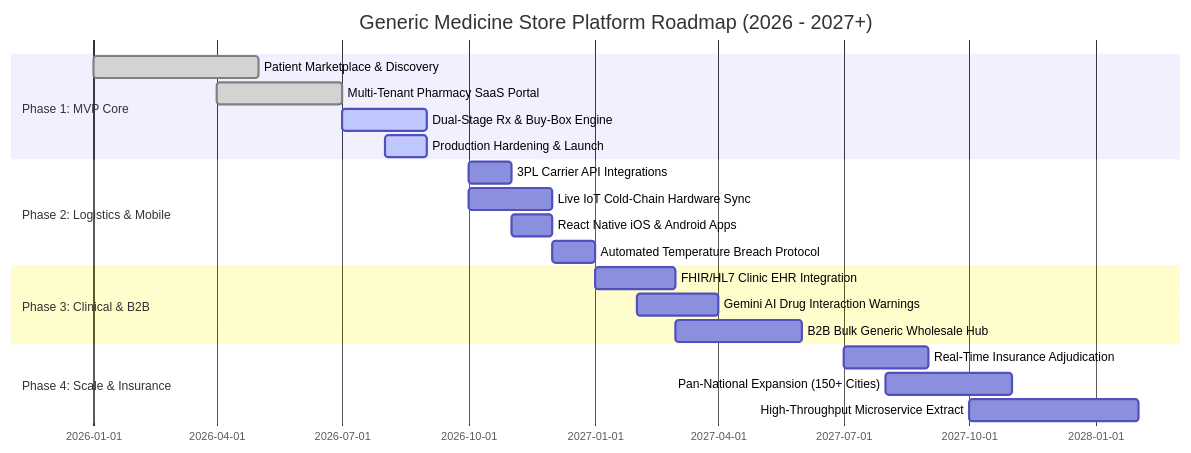
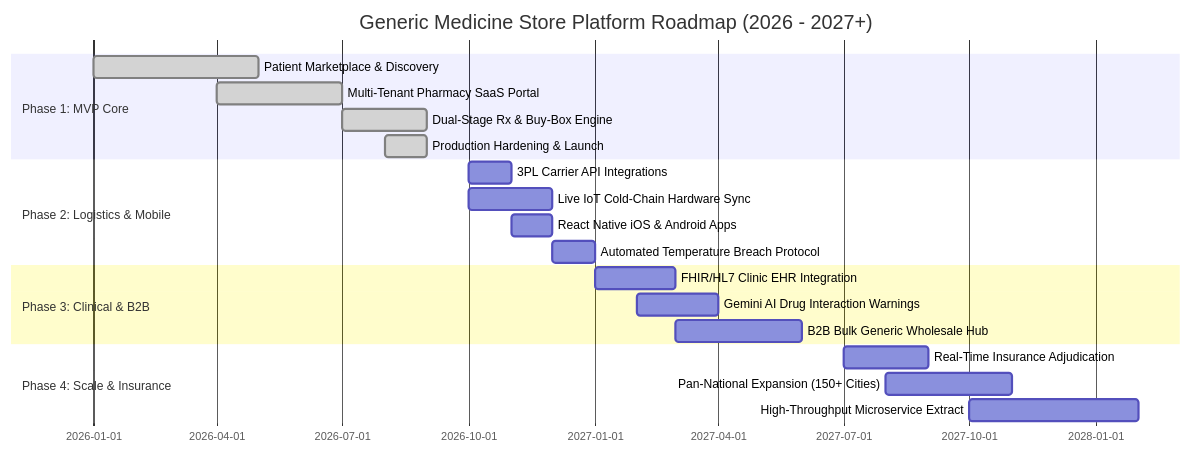
Before and after one commit to kishorisonawane2006-sudo/kishori: the first of 2 diagrams in phase.md, drawn with Mermaid. The commit also changed other lines of this file and 18 other files, not shown here.

````diff
--- a/phase.md
+++ b/phase.md
@@ -16,23 +16,23 @@
 ```mermaid
 gantt
     title Generic Medicine Store Platform Roadmap (2026 - 2027+)
     dateFormat  YYYY-MM
     section Phase 1: MVP Core
     Patient Marketplace & Discovery       :done,    des1, 2026-01, 2026-05
     Multi-Tenant Pharmacy SaaS Portal    :done,    des2, 2026-04, 2026-07
-    Dual-Stage Rx & Buy-Box Engine       :active,  des3, 2026-07, 2026-09
-    Production Hardening & Launch         :active,  des4, 2026-08, 2026-09
+    Dual-Stage Rx & Buy-Box Engine       :done,    des3, 2026-07, 2026-09
+    Production Hardening & Launch         :done,    des4, 2026-08, 2026-09
     section Phase 2: Logistics & Mobile
     3PL Carrier API Integrations          :         des5, 2026-10, 2026-11
     Live IoT Cold-Chain Hardware Sync    :         des6, 2026-10, 2026-12
     React Native iOS & Android Apps      :         des7, 2026-11, 2026-12
     Automated Temperature Breach Protocol :         des8, 2026-12, 2027-01
     section Phase 3: Clinical & B2B
     FHIR/HL7 Clinic EHR Integration       :         des9, 2027-01, 2027-03
     Gemini AI Drug Interaction Warnings  :         des10, 2027-02, 2027-04
     B2B Bulk Generic Wholesale Hub       :         des11, 2027-03, 2027-06
     section Phase 4: Scale & Insurance
     Real-Time Insurance Adjudication      :         des12, 2027-07, 2027-09
     Pan-National Expansion (150+ Cities)  :         des13, 2027-08, 2027-11
     High-Throughput Microservice Extract  :         des14, 2027-10, 2028-02
 ```
````
